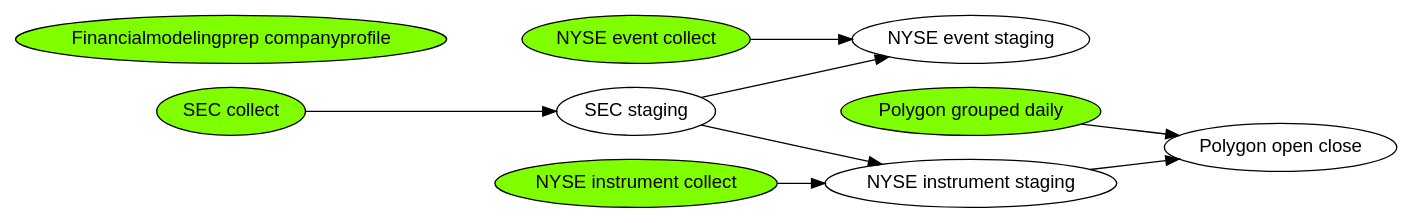
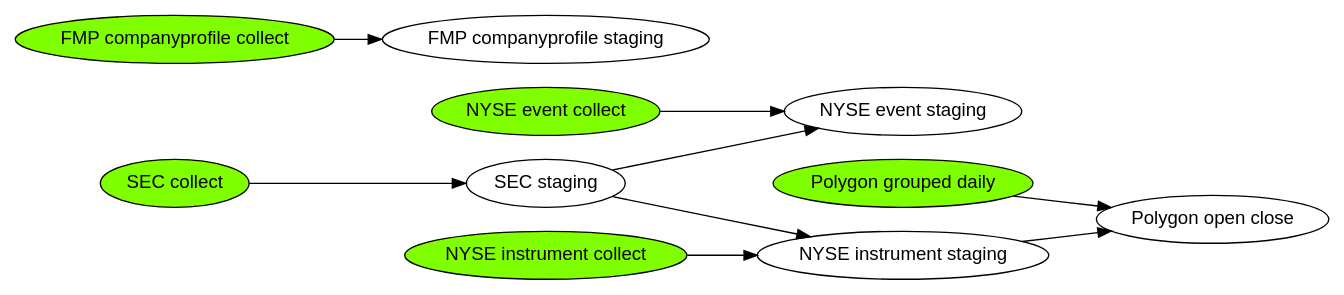
Before and after one commit to dtrosien/data-collector: the diagram in documentation/dependencies.dot, drawn with Graphviz. The commit also changed 15 other files, not shown here.

Commit message:
Add financialmodelingprep company profile stager (#59)

```diff
--- a/documentation/dependencies.dot
+++ b/documentation/dependencies.dot
@@ -1,24 +1,26 @@
 digraph regexp { 
  fontname="Helvetica,Arial,sans-serif"
  node [fontname="Helvetica,Arial,sans-serif"]
  rankdir="LR";
  NyseEventsCollect      [label="NYSE event collect", style=filled, fillcolor=chartreuse];
  n1                     [label="NYSE event staging"];
  NyseInstrumentsCollect [label="NYSE instrument collect", style=filled, fillcolor=chartreuse];
  NyseInstrumentsStage   [label="NYSE instrument staging"];
  SecCompaniesCollect    [label="SEC collect", style=filled, fillcolor=chartreuse];
  SecCompaniesStage      [label="SEC staging"];
  PolygonGroupedDaily    [label="Polygon grouped daily", style=filled, fillcolor=chartreuse];
  PolygonOpenClose       [label="Polygon open close"];
- FinmodCompanyProfile   [label="Financialmodelingprep companyprofile" style=filled, fillcolor=chartreuse];
+ FinmodCompanyProfile   [label="FMP companyprofile collect" style=filled, fillcolor=chartreuse];
+ FinmodCompanyProfileStage   [label="FMP companyprofile staging"];
 
  NyseEventsCollect -> n1
  NyseInstrumentsCollect -> NyseInstrumentsStage
  SecCompaniesCollect -> SecCompaniesStage
  SecCompaniesStage -> NyseInstrumentsStage
  SecCompaniesStage -> n1
  PolygonGroupedDaily -> PolygonOpenClose
  NyseInstrumentsStage -> PolygonOpenClose
+ FinmodCompanyProfile -> FinmodCompanyProfileStage
  }
 //sudo apt install graphviz
 //dot -Tsvg dependencies.dot > output.svg
```
